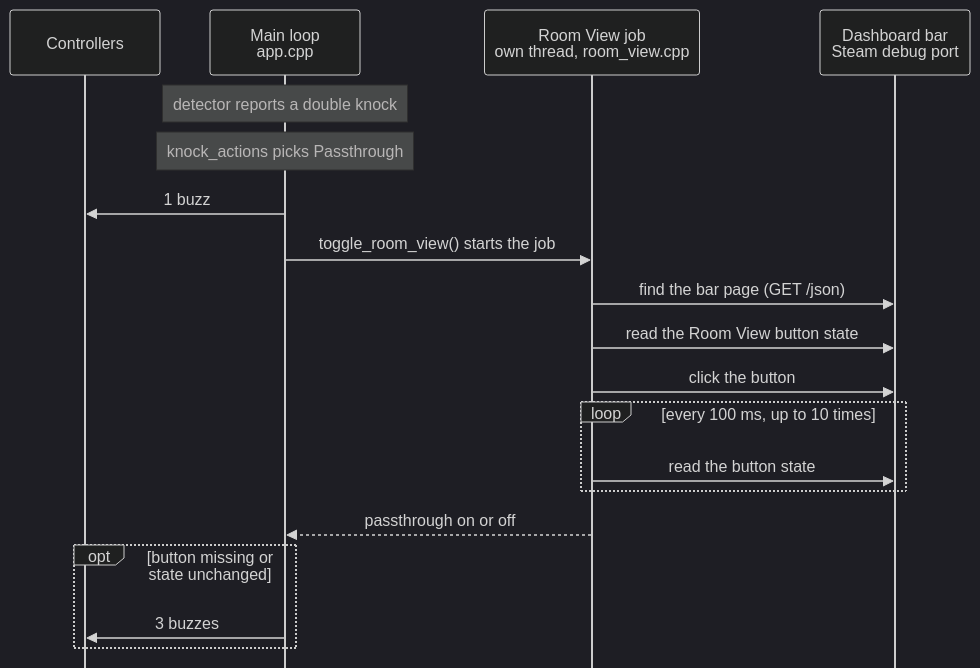
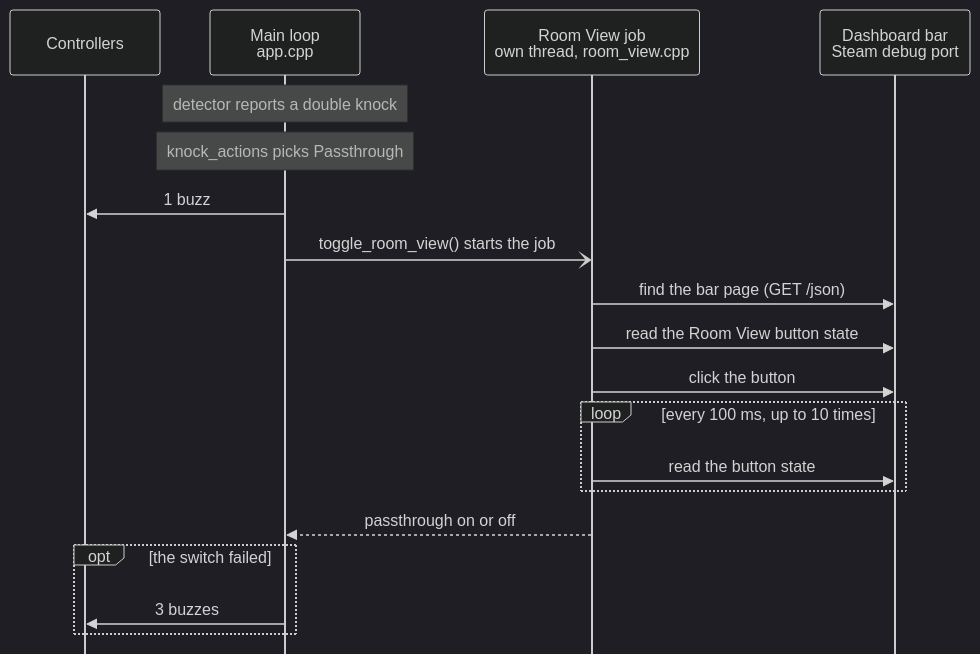
The third of 3 diagrams in docs/how-the-app-works.md (VioletTides/KnockThru), drawn with Mermaid (dark theme) before and after one commit. The commit also changed other lines of this file, not shown here.

First line of the commit message:
Add a start, screen reader text, and a shape key to the app diagrams

````diff
--- a/docs/how-the-app-works.md
+++ b/docs/how-the-app-works.md
@@ -52,23 +60,25 @@
 ```mermaid
 %%{init: {"sequence": {"mirrorActors": false}}}%%
 sequenceDiagram
+    accTitle: A double knock switches passthrough
+    accDescr: The main loop buzzes once and starts the Room View job. The job finds the dashboard bar page, reads the Room View button, clicks it, and reads it again every 100 ms, up to 10 times, until it changes. If the switch fails, the main loop buzzes three times.
     participant C as Controllers
     participant M as Main loop<br/>app.cpp
     participant J as Room View job<br/>own thread, room_view.cpp
     participant B as Dashboard bar<br/>Steam debug port
 
     Note over M: detector reports a double knock
     Note over M: knock_actions picks Passthrough
     M->>C: 1 buzz
-    M->>J: toggle_room_view() starts the job
+    M-)J: toggle_room_view() starts the job
     J->>B: find the bar page (GET /json)
     J->>B: read the Room View button state
     J->>B: click the button
     loop every 100 ms, up to 10 times
         J->>B: read the button state
     end
     J-->>M: passthrough on or off
-    opt button missing or state unchanged
+    opt the switch failed
         M->>C: 3 buzzes
     end
 ```
````
